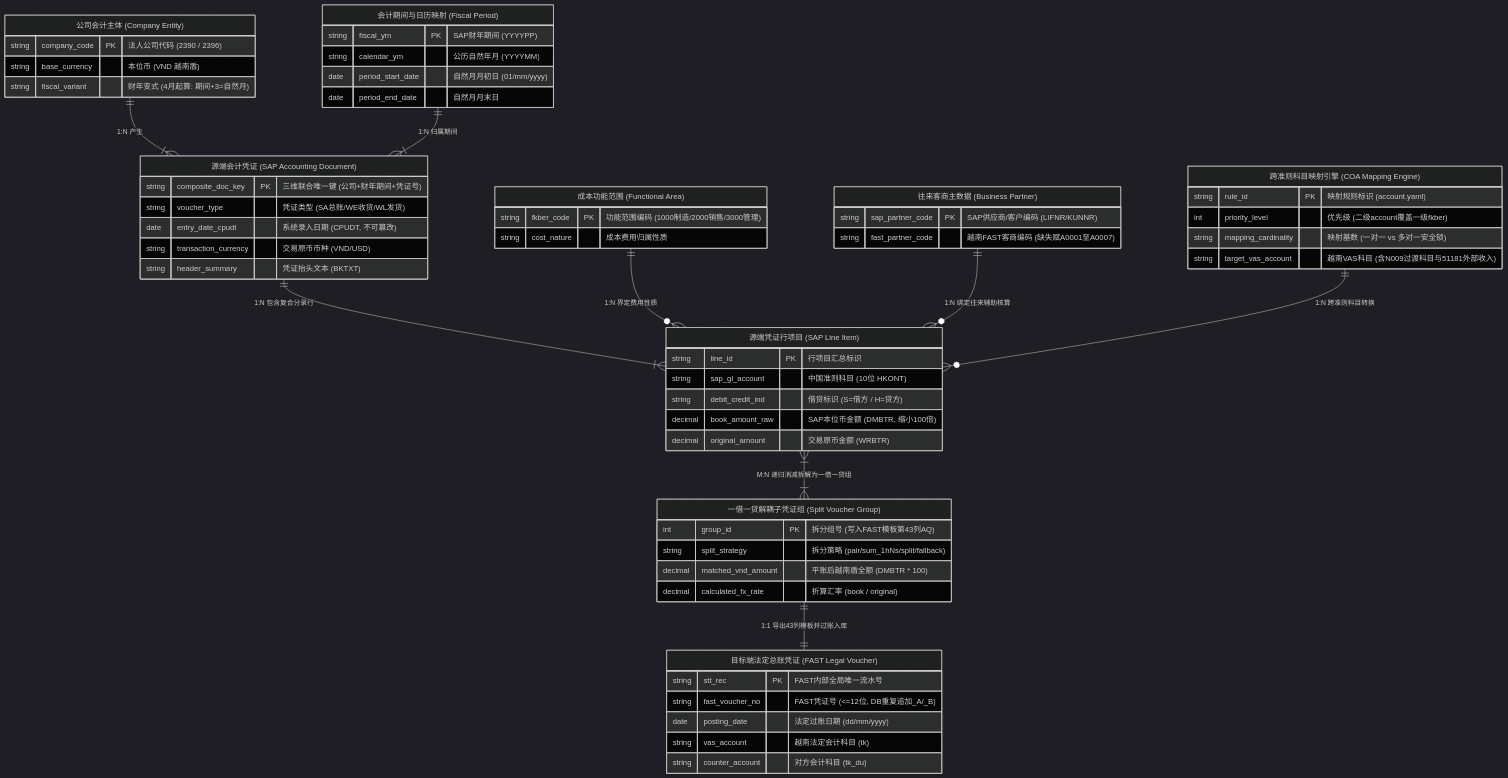
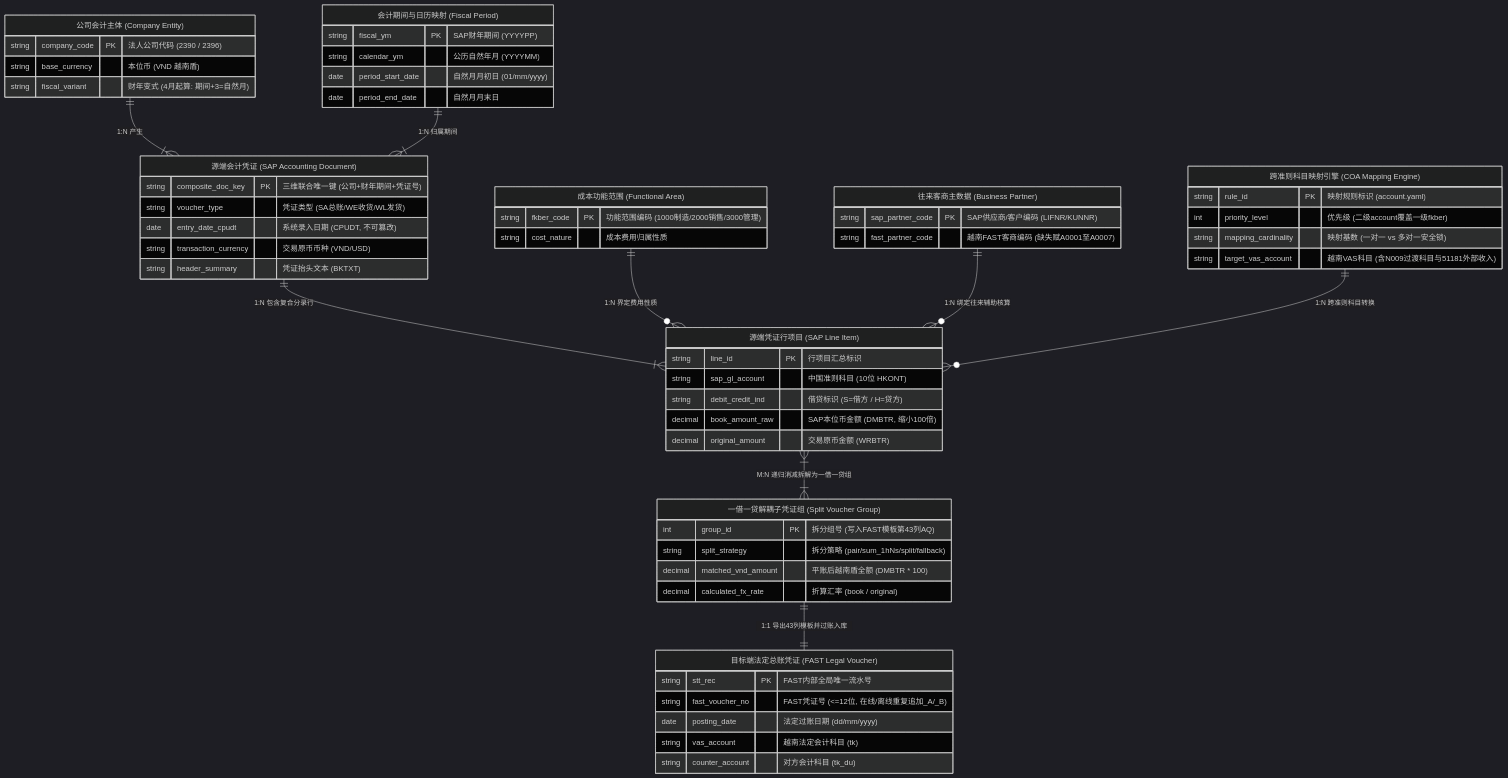
The first of 2 diagrams in README.md (Parade001/2396fast), drawn with Mermaid (dark theme) before and after one commit. The commit also changed other lines of this file and 33 other files, not shown here.

````diff
--- a/README.md
+++ b/README.md
@@ -86,72 +89,72 @@
 ```mermaid
 erDiagram
     COMPANY_ENTITY["公司会计主体 (Company Entity)"] {
         string company_code PK "法人公司代码 (2390 / 2396)"
         string base_currency "本位币 (VND 越南盾)"
         string fiscal_variant "财年变式 (4月起算: 期间+3=自然月)"
     }
 
     FISCAL_PERIOD["会计期间与日历映射 (Fiscal Period)"] {
         string fiscal_ym PK "SAP财年期间 (YYYYPP)"
         string calendar_ym "公历自然年月 (YYYYMM)"
         date period_start_date "自然月月初日 (01/mm/yyyy)"
         date period_end_date "自然月月末日"
     }
 
     SAP_ACCOUNTING_DOC["源端会计凭证 (SAP Accounting Document)"] {
         string composite_doc_key PK "三维联合唯一键 (公司+财年期间+凭证号)"
         string voucher_type "凭证类型 (SA总账/WE收货/WL发货)"
         date entry_date_cpudt "系统录入日期 (CPUDT, 不可篡改)"
         string transaction_currency "交易原币币种 (VND/USD)"
         string header_summary "凭证抬头文本 (BKTXT)"
     }
 
     SAP_LINE_ITEM["源端凭证行项目 (SAP Line Item)"] {
         string line_id PK "行项目汇总标识"
         string sap_gl_account "中国准则科目 (10位 HKONT)"
         string debit_credit_ind "借贷标识 (S=借方 / H=贷方)"
         decimal book_amount_raw "SAP本位币金额 (DMBTR, 缩小100倍)"
         decimal original_amount "交易原币金额 (WRBTR)"
     }
 
     FUNCTIONAL_AREA["成本功能范围 (Functional Area)"] {
         string fkber_code PK "功能范围编码 (1000制造/2000销售/3000管理)"
         string cost_nature "成本费用归属性质"
     }
 
     BUSINESS_PARTNER["往来客商主数据 (Business Partner)"] {
         string sap_partner_code PK "SAP供应商/客户编码 (LIFNR/KUNNR)"
         string fast_partner_code "越南FAST客商编码 (缺失赋A0001至A0007)"
     }
 
     COA_MAPPING_RULE["跨准则科目映射引擎 (COA Mapping Engine)"] {
         string rule_id PK "映射规则标识 (account.yaml)"
         int priority_level "优先级 (二级account覆盖一级fkber)"
         string mapping_cardinality "映射基数 (一对一 vs 多对一安全锁)"
         string target_vas_account "越南VAS科目 (含N009过渡科目与51181外部收入)"
     }
 
     SPLIT_VOUCHER_GROUP["一借一贷解耦子凭证组 (Split Voucher Group)"] {
         int group_id PK "拆分组号 (写入FAST模板第43列AQ)"
         string split_strategy "拆分策略 (pair/sum_1hNs/split/fallback)"
         decimal matched_vnd_amount "平账后越南盾全额 (DMBTR * 100)"
         decimal calculated_fx_rate "折算汇率 (book / original)"
     }
 
     FAST_LEGAL_VOUCHER["目标端法定总账凭证 (FAST Legal Voucher)"] {
         string stt_rec PK "FAST内部全局唯一流水号"
-        string fast_voucher_no "FAST凭证号 (<=12位, DB重复追加_A/_B)"
+        string fast_voucher_no "FAST凭证号 (<=12位, 在线/离线重复追加_A/_B)"
         date posting_date "法定过账日期 (dd/mm/yyyy)"
         string vas_account "越南法定会计科目 (tk)"
         string counter_account "对方会计科目 (tk_du)"
     }
 
     COMPANY_ENTITY ||--|{ SAP_ACCOUNTING_DOC : "1:N 产生"
     FISCAL_PERIOD ||--|{ SAP_ACCOUNTING_DOC : "1:N 归属期间"
     SAP_ACCOUNTING_DOC ||--|{ SAP_LINE_ITEM : "1:N 包含复合分录行"
     FUNCTIONAL_AREA ||--o{ SAP_LINE_ITEM : "1:N 界定费用性质"
     BUSINESS_PARTNER ||--o{ SAP_LINE_ITEM : "1:N 绑定往来辅助核算"
     COA_MAPPING_RULE ||--o{ SAP_LINE_ITEM : "1:N 跨准则科目转换"
     SAP_LINE_ITEM }|--|{ SPLIT_VOUCHER_GROUP : "M:N 递归消减拆解为一借一贷组"
     SPLIT_VOUCHER_GROUP ||--|| FAST_LEGAL_VOUCHER : "1:1 导出43列模板并过账入库"
 ```
````
